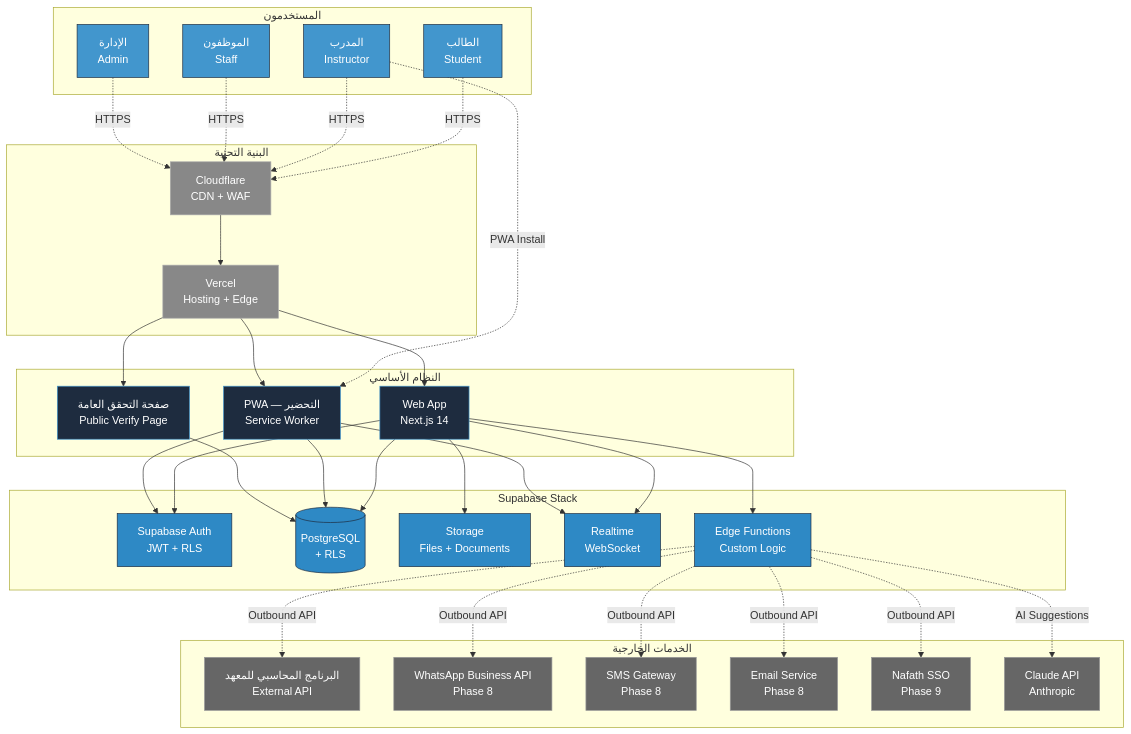
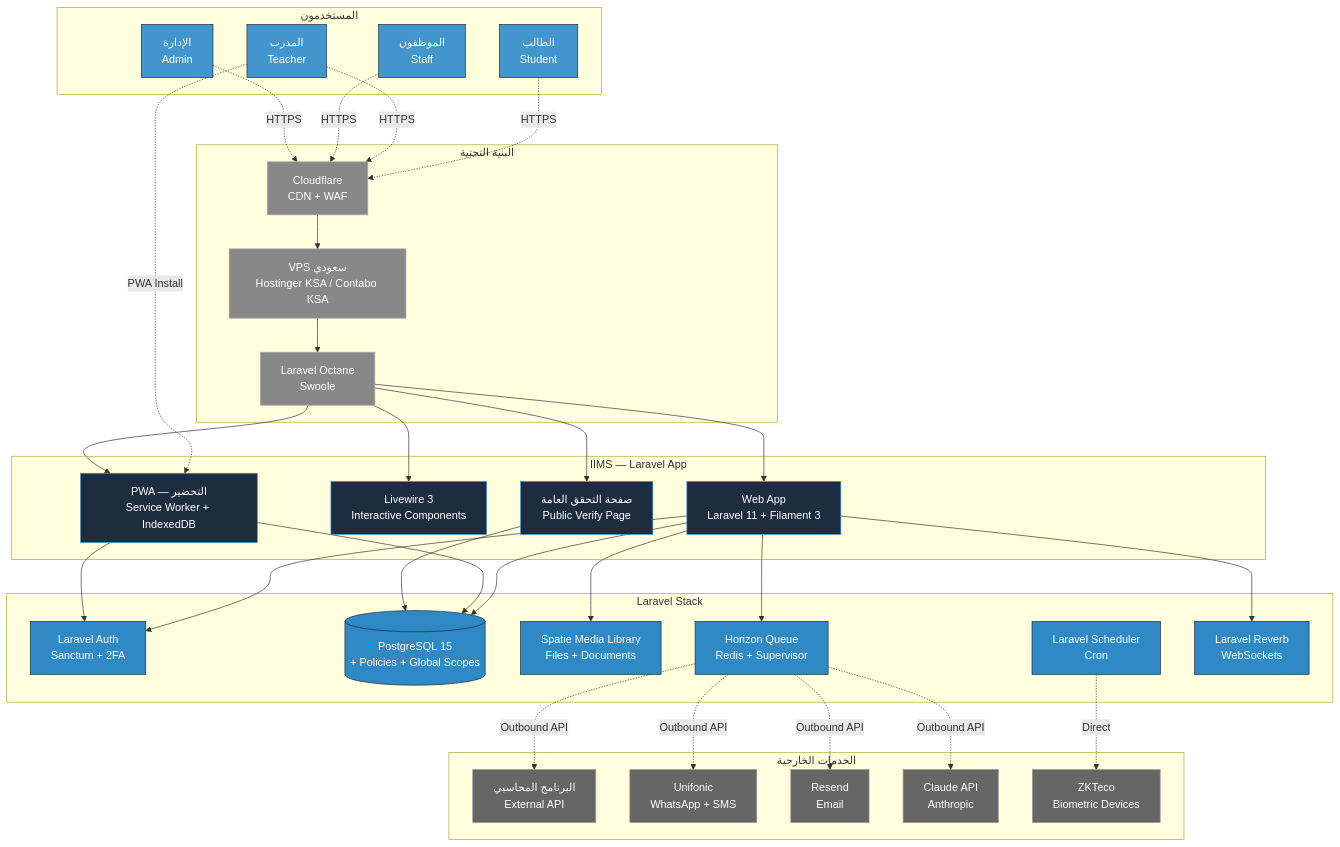
The third of 8 diagrams in مسودات-الوكلاء/الجزء-01-السياق-والمعمارية.md (alharbib902-del/technical-handover), drawn with Mermaid before and after one commit. The commit also changed other lines of this file and 22 other files, not shown here.

First line of the commit message:
feat: switch tech stack to Laravel 11 + Filament 3 (replacing Next.js + Supabase)

````diff
--- a/مسودات-الوكلاء/الجزء-01-السياق-والمعمارية.md
+++ b/مسودات-الوكلاء/الجزء-01-السياق-والمعمارية.md
@@ -830,79 +794,81 @@
 ```mermaid
 graph TB
     subgraph Users["المستخدمون"]
         STU[الطالب<br/>Student]
-        INS[المدرب<br/>Instructor]
+        INS[المدرب<br/>Teacher]
         EMP[الموظفون<br/>Staff]
         ADM[الإدارة<br/>Admin]
     end
 
-    subgraph CoreSystem["النظام الأساسي"]
-        WEB[Web App<br/>Next.js 14]
-        PWA[PWA — التحضير<br/>Service Worker]
+    subgraph CoreSystem["IIMS — Laravel App"]
+        WEB[Web App<br/>Laravel 11 + Filament 3]
+        LIVE[Livewire 3<br/>Interactive Components]
+        PWA[PWA — التحضير<br/>Service Worker + IndexedDB]
         VERIFY[صفحة التحقق العامة<br/>Public Verify Page]
     end
 
-    subgraph SupabaseStack["Supabase Stack"]
-        AUTH[Supabase Auth<br/>JWT + RLS]
-        DB[(PostgreSQL<br/>+ RLS)]
-        STORAGE[Storage<br/>Files + Documents]
-        REALTIME[Realtime<br/>WebSocket]
-        EDGE[Edge Functions<br/>Custom Logic]
+    subgraph LaravelStack["Laravel Stack"]
+        AUTH[Laravel Auth<br/>Sanctum + 2FA]
+        DB[(PostgreSQL 15<br/>+ Policies + Global Scopes)]
+        STORAGE[Spatie Media Library<br/>Files + Documents]
+        QUEUE[Horizon Queue<br/>Redis + Supervisor]
+        SCHED[Laravel Scheduler<br/>Cron]
+        REVERB[Laravel Reverb<br/>WebSockets]
     end
 
     subgraph External["الخدمات الخارجية"]
-        ACC[البرنامج المحاسبي للمعهد<br/>External API]
-        WA[WhatsApp Business API<br/>Phase 8]
-        SMS[SMS Gateway<br/>Phase 8]
-        EMAIL[Email Service<br/>Phase 8]
-        NAFATH[Nafath SSO<br/>Phase 9]
+        ACC[البرنامج المحاسبي<br/>External API]
+        UNI[Unifonic<br/>WhatsApp + SMS]
+        RESEND[Resend<br/>Email]
         CLAUDE[Claude API<br/>Anthropic]
+        BIOMETRIC[ZKTeco<br/>Biometric Devices]
     end
 
     subgraph Infra["البنية التحتية"]
-        VERCEL[Vercel<br/>Hosting + Edge]
+        VPS[VPS سعودي<br/>Hostinger KSA / Contabo KSA]
+        OCTANE[Laravel Octane<br/>Swoole]
         CF[Cloudflare<br/>CDN + WAF]
     end
 
     STU -.HTTPS.-> CF
     INS -.HTTPS.-> CF
     EMP -.HTTPS.-> CF
     ADM -.HTTPS.-> CF
     INS -.PWA Install.-> PWA
 
-    CF --> VERCEL
-    VERCEL --> WEB
-    VERCEL --> PWA
-    VERCEL --> VERIFY
+    CF --> VPS
+    VPS --> OCTANE
+    OCTANE --> WEB
+    OCTANE --> LIVE
+    OCTANE --> PWA
+    OCTANE --> VERIFY
 
     WEB --> AUTH
     WEB --> DB
     WEB --> STORAGE
-    WEB --> REALTIME
-    WEB --> EDGE
+    WEB --> REVERB
+    WEB --> QUEUE
 
     PWA --> AUTH
     PWA --> DB
-    PWA --> REALTIME
 
     VERIFY --> DB
 
-    EDGE -.Outbound API.-> ACC
-    EDGE -.Outbound API.-> WA
-    EDGE -.Outbound API.-> SMS
-    EDGE -.Outbound API.-> EMAIL
-    EDGE -.Outbound API.-> NAFATH
-    EDGE -.AI Suggestions.-> CLAUDE
+    QUEUE -.Outbound API.-> ACC
+    QUEUE -.Outbound API.-> UNI
+    QUEUE -.Outbound API.-> RESEND
+    QUEUE -.Outbound API.-> CLAUDE
+    SCHED -.Direct.-> BIOMETRIC
 
     classDef users fill:#4296CD,color:#fff,stroke:#1E2C3F
     classDef core fill:#1E2C3F,color:#fff,stroke:#4296CD
-    classDef supa fill:#2E89C5,color:#fff,stroke:#1E2C3F
+    classDef stack fill:#2E89C5,color:#fff,stroke:#1E2C3F
     classDef ext fill:#666,color:#fff,stroke:#999
     classDef infra fill:#888,color:#fff,stroke:#aaa
 
     class STU,INS,EMP,ADM users
-    class WEB,PWA,VERIFY core
-    class AUTH,DB,STORAGE,REALTIME,EDGE supa
-    class ACC,WA,SMS,EMAIL,NAFATH,CLAUDE ext
-    class VERCEL,CF infra
+    class WEB,LIVE,PWA,VERIFY core
+    class AUTH,DB,STORAGE,QUEUE,SCHED,REVERB stack
+    class ACC,UNI,RESEND,CLAUDE,BIOMETRIC ext
+    class VPS,OCTANE,CF infra
 ```
````
